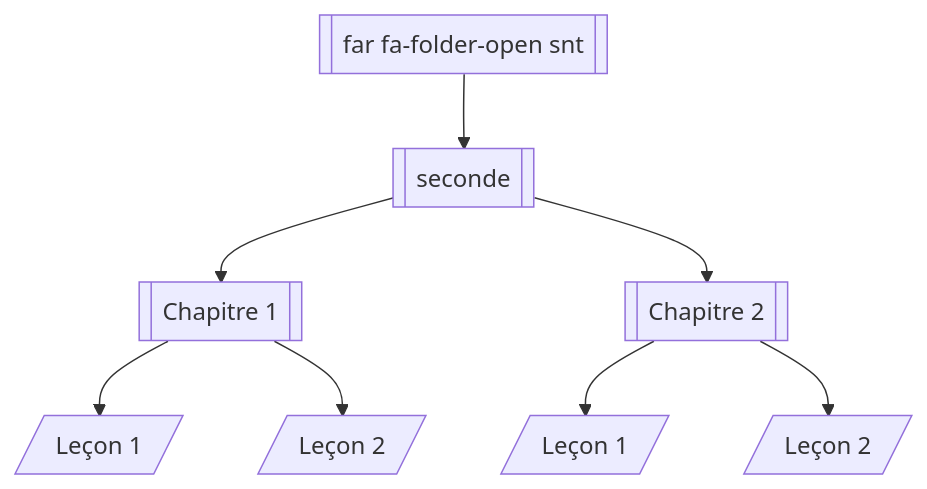
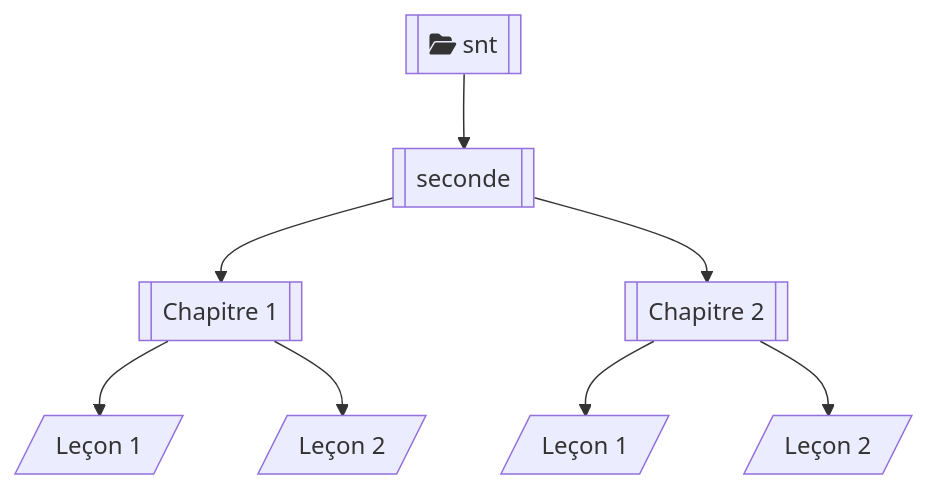
Before and after one commit to boddaert/snt: the diagram in seconde/Introduction/Introduction.md, drawn with Mermaid.

````diff
--- a/seconde/Introduction/Introduction.md
+++ b/seconde/Introduction/Introduction.md
@@ -5,10 +5,10 @@
 ```mermaid
     flowchart TB;
-        A[["far fa-folder-open snt"]]-->B[[seconde]];
+        A[["fa:fa-folder-open snt"]]-->B[[seconde]];
         B[[seconde]]-->C[[Chapitre 1]];
         B[[seconde]]-->F[[Chapitre 2]];
         C[[Chapitre 1]]-->D[/Leçon 1/];
         C[[Chapitre 1]]-->E[/Leçon 2/];
         F[[Chapitre 2]]-->G[/Leçon 1/];
         F[[Chapitre 2]]-->H[/Leçon 2/];
 ```
````
